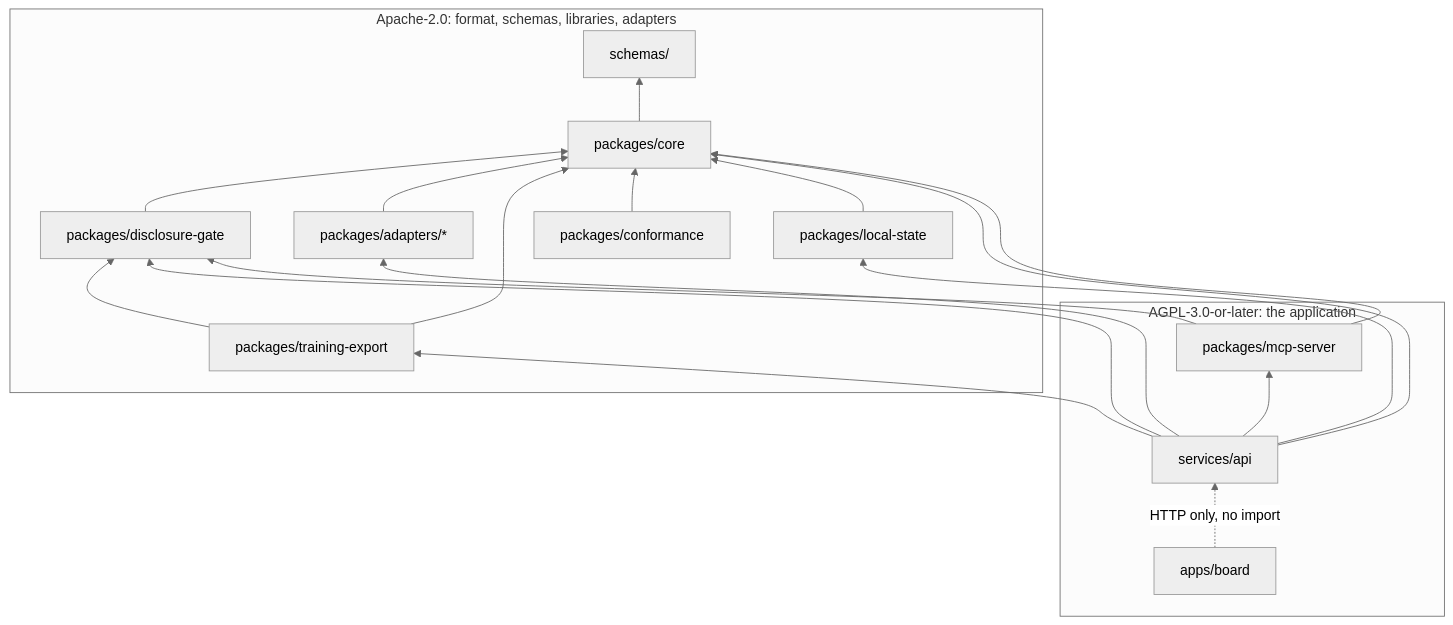
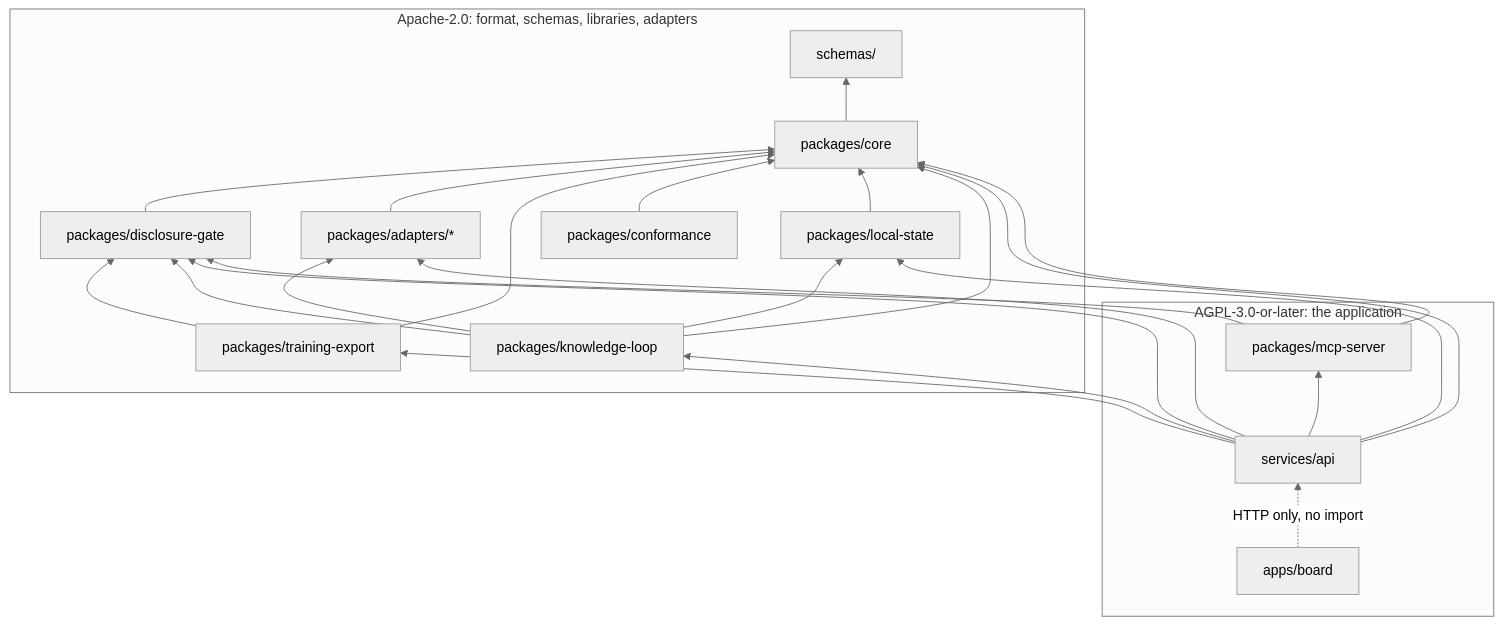
The second of 2 diagrams in docs/architecture/05-building-blocks.md (KarsaOrlong23/Worldbuilder), drawn with Mermaid (neutral theme) before and after one commit. The commit also changed other lines of this file and 10 other files, not shown here.

First line of the commit message:
docs: knowledge-loop reference, wb command line, verification rows and architecture

````diff
--- a/docs/architecture/05-building-blocks.md
+++ b/docs/architecture/05-building-blocks.md
@@ -115,33 +116,39 @@
 ```mermaid
 flowchart BT
   subgraph agpl [AGPL-3.0-or-later: the application]
     board[apps/board]
     api[services/api]
     mcp[packages/mcp-server]
   end
   subgraph apache [Apache-2.0: format, schemas, libraries, adapters]
     schemas[schemas/]
     core[packages/core]
     gate[packages/disclosure-gate]
     adapters[packages/adapters/*]
     export[packages/training-export]
     conf[packages/conformance]
     local[packages/local-state]
+    loop[packages/knowledge-loop]
   end
   core --> schemas
   gate --> core
   adapters --> core
   export --> core
   export --> gate
   conf --> core
   local --> core
+  loop --> core
+  loop --> gate
+  loop --> local
+  loop --> adapters
   api --> core
   api --> gate
   api --> adapters
   api --> export
   api --> local
+  api --> loop
   api --> mcp
   mcp --> core
   mcp --> gate
   board -. "HTTP only, no import" .-> api
 ```
````
